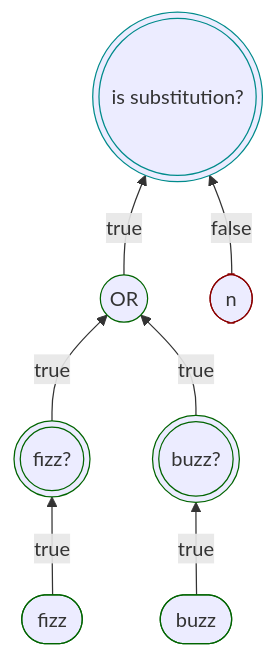
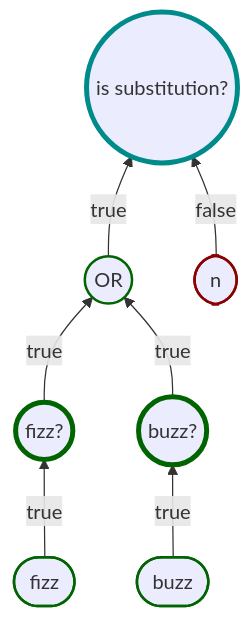
One commit to karlssberg/Motiv changed the fifth of 5 diagrams in index.md. Above: the diagram before and after it, drawn with Mermaid. The commit also changed other lines of this file and 8 other files, not shown here.

Commit message:
restyled diagrams corrected typos

````diff
--- a/index.md
+++ b/index.md
@@ -180,19 +179,19 @@
 ```mermaid
 flowchart BT
-    TrueOr((OR)) -->|true| P(((is substitution?)))
-    FalseOr([n]) -->|false| P
-    TrueIsFizz(((fizz?))) -->|true| TrueOr
-    TrueIsBuzz(((buzz?))) -->|true| TrueOr
+    TrueOr((OR)) -->|true| P((is substitution?))
+    False([n]) -->|false| P
+    TrueIsFizz((fizz?)) -->|true| TrueOr
+    TrueIsBuzz((buzz?)) -->|true| TrueOr
     TrueIsFizzTrue([fizz]) -->|true| TrueIsFizz
     TrueIsBuzzTrue([buzz]) -->|true| TrueIsBuzz
 
 
-    style P stroke:darkcyan
-    style TrueOr stroke:darkgreen
-    style TrueIsFizz stroke:darkgreen
-    style TrueIsBuzz stroke:darkgreen
-    style TrueIsFizzTrue stroke:darkgreen
-    style TrueIsBuzzTrue stroke:darkgreen
+    style P stroke:darkcyan,stroke-width:4px
+    style TrueOr stroke:darkgreen,stroke-width:2px
+    style TrueIsFizz stroke:darkgreen,stroke-width:4px
+    style TrueIsBuzz stroke:darkgreen,stroke-width:4px
+    style TrueIsFizzTrue stroke:darkgreen,stroke-width:2px
+    style TrueIsBuzzTrue stroke:darkgreen,stroke-width:2px
 
-    style FalseOr stroke:darkred
+    style False stroke:darkred,stroke-width:2px
 ```
````
